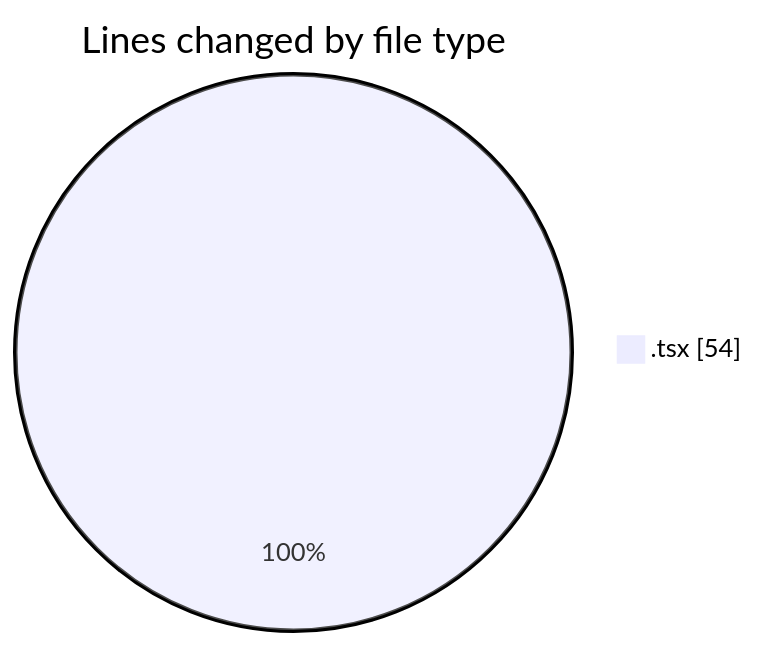
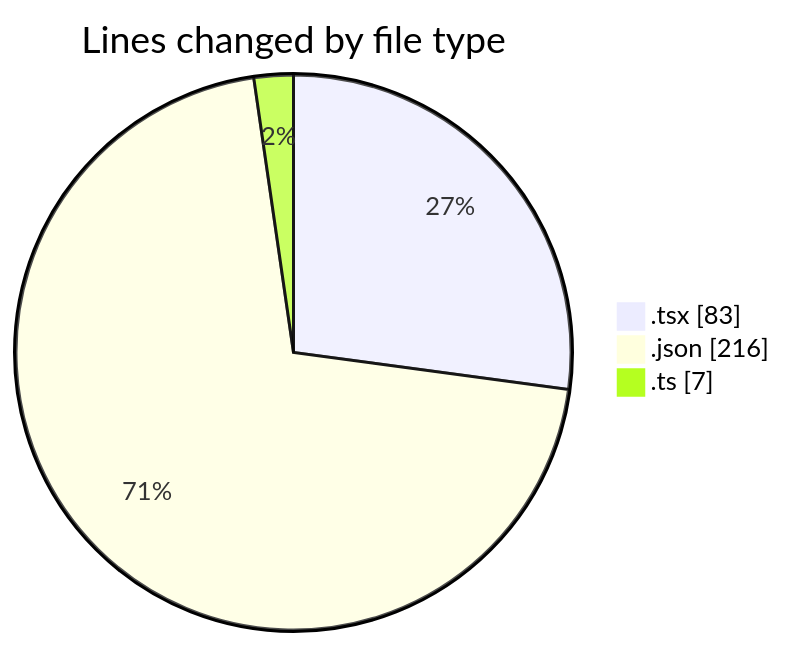
The first of 2 diagrams in 2025-04-08/sungpt/README.md (Elitesun/code-tracking), drawn with Mermaid before and after one commit. The commit also changed other lines of this file and 1 other file, not shown here.

````diff
--- a/2025-04-08/sungpt/README.md
+++ b/2025-04-08/sungpt/README.md
@@ -20,5 +25,7 @@
 ```mermaid
 pie showData
 title Lines changed by file type
-".tsx" : 54
+".tsx" : 83
+".json" : 216
+".ts" : 7
 ```
````
